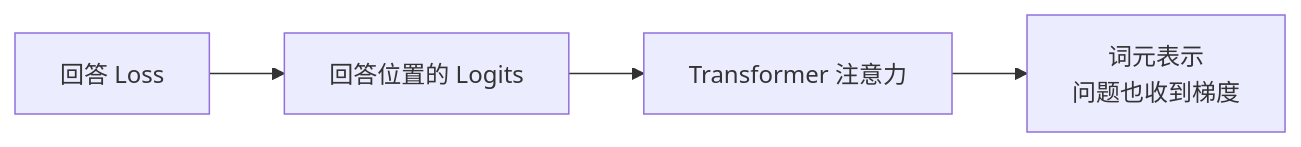
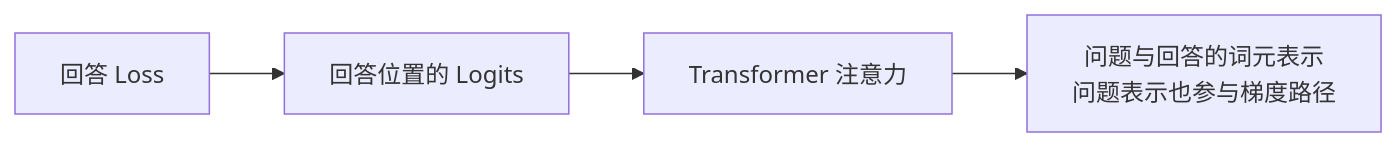
Before and after one commit to AI-learning-simple/Build-Your-Own-LLM: the third of 4 diagrams in 2. Alignment 与训练工程/4. 监督微调（SFT）——指令跟随能力的训练.md, drawn with Mermaid. The commit also changed other lines of this file, not shown here.

````diff
--- a/2. Alignment 与训练工程/4. 监督微调（SFT）——指令跟随能力的训练.md
+++ b/2. Alignment 与训练工程/4. 监督微调（SFT）——指令跟随能力的训练.md
@@ -222,4 +223,4 @@
 ```mermaid
 flowchart LR
-    L["回答 Loss"] --> D["回答位置的 Logits"] --> C["Transformer 注意力"] --> B["词元表示<br/>问题也收到梯度"]
+    L["回答 Loss"] --> D["回答位置的 Logits"] --> C["Transformer 注意力"] --> B["问题与回答的词元表示<br/>问题表示也参与梯度路径"]
 ```
````
